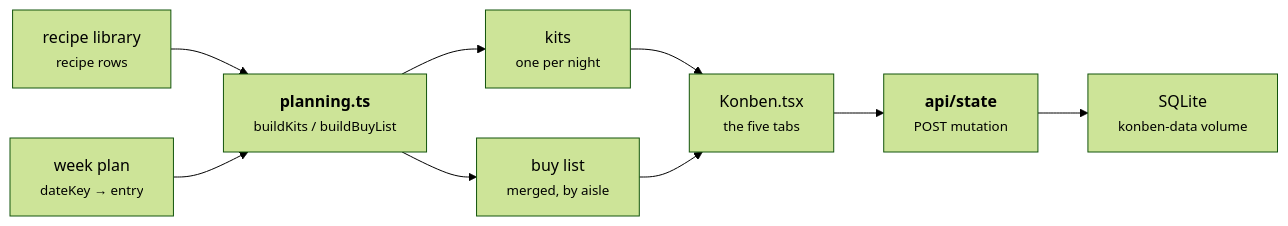
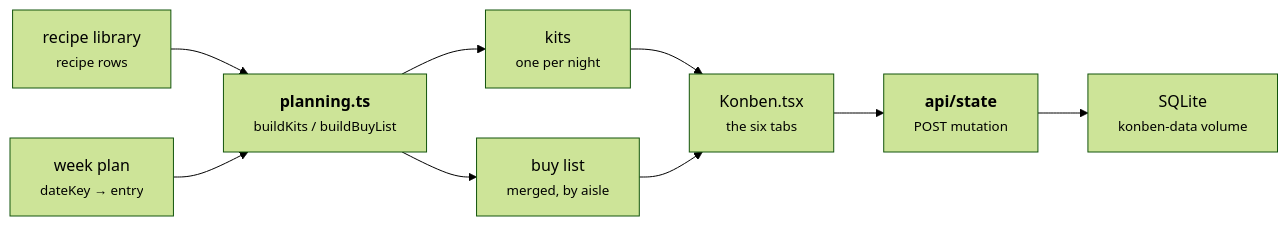
Before and after one commit to finem50/konben: the diagram in DOCS.md, drawn with Mermaid (forest theme). The commit also changed other lines of this file, not shown here.

````diff
--- a/DOCS.md
+++ b/DOCS.md
@@ -75,11 +33,11 @@
 ```mermaid
 flowchart LR
   library["recipe library<br/><small>recipe rows</small>"] --> planning
   plan["week plan<br/><small>dateKey → entry</small>"] --> planning
   planning["<b>planning.ts</b><br/><small>buildKits / buildBuyList</small>"] --> kits["kits<br/><small>one per night</small>"]
   planning --> buy["buy list<br/><small>merged, by aisle</small>"]
-  kits --> ui["Konben.tsx<br/><small>the five tabs</small>"]
+  kits --> ui["Konben.tsx<br/><small>the six tabs</small>"]
   buy --> ui
   ui --> api["<b>api/state</b><br/><small>POST mutation</small>"]
   api --> db["SQLite<br/><small>konben-data volume</small>"]
 ```
````
